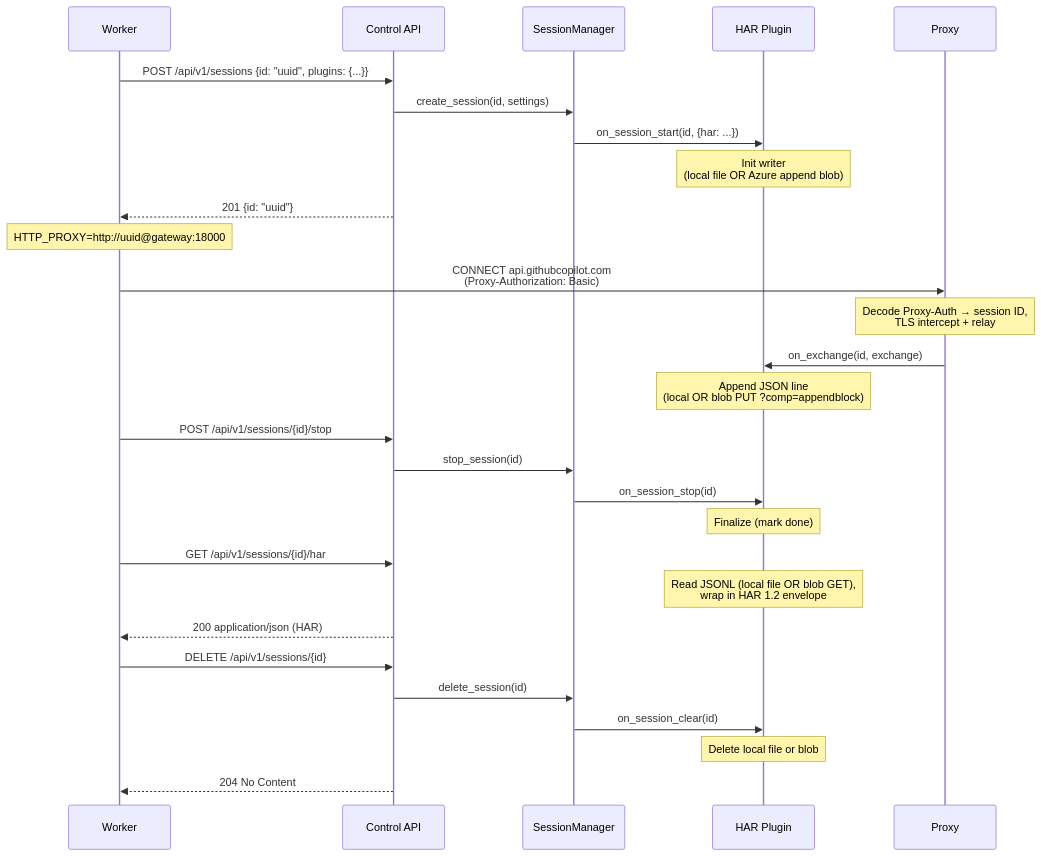
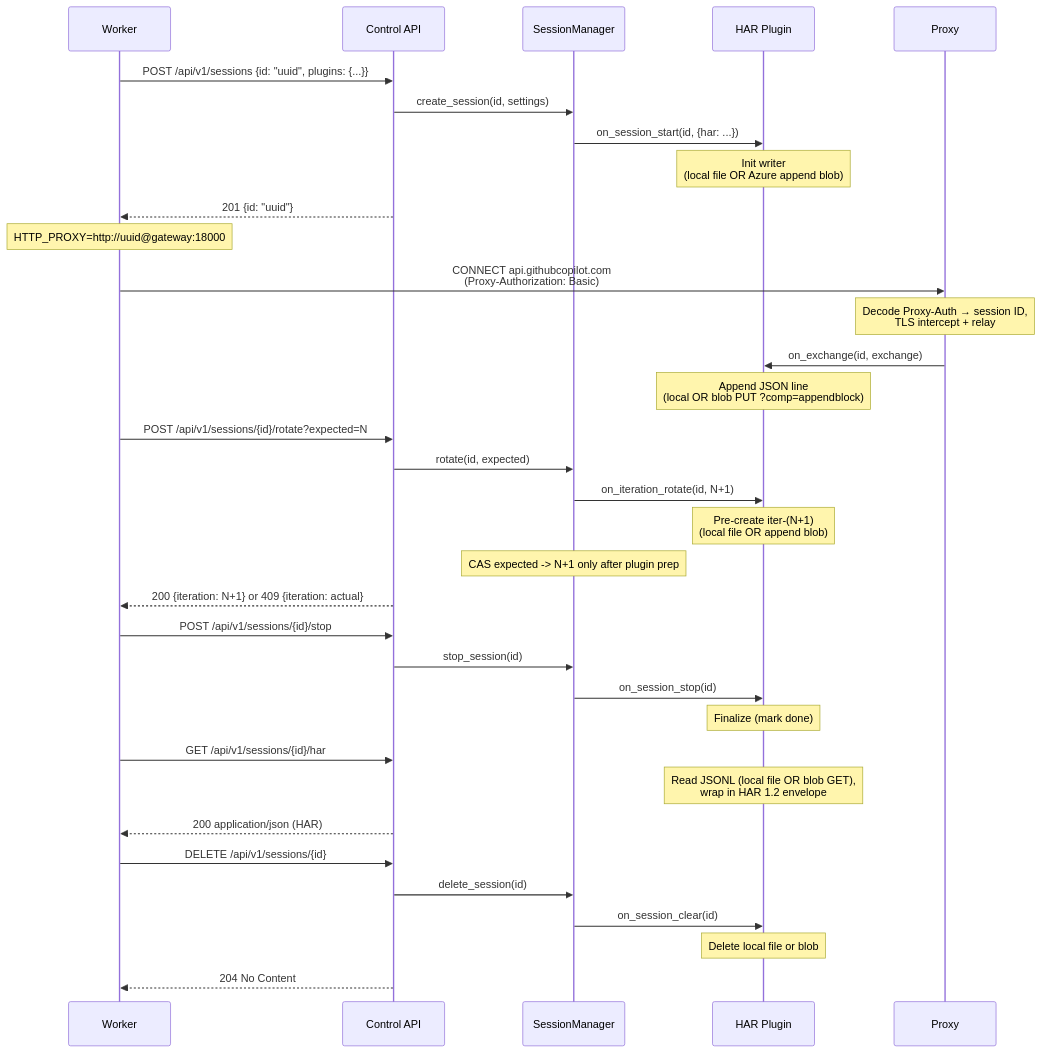
One commit to Gile987/scope changed the third of 5 diagrams in docs/architecture/ai-gateway.md. Above: the diagram before and after it, drawn with Mermaid. The commit also changed other lines of this file and 5 other files, not shown here.

Commit message:
fix(gateway): initialize HAR iteration before rotate CAS

````diff
--- a/docs/architecture/ai-gateway.md
+++ b/docs/architecture/ai-gateway.md
@@ -198,35 +198,42 @@
 ```mermaid
 sequenceDiagram
     participant W as Worker
     participant API as Control API
     participant SM as SessionManager
     participant HAR as HAR Plugin
     participant PX as Proxy
 
     W->>API: POST /api/v1/sessions {id: "uuid", plugins: {...}}
     API->>SM: create_session(id, settings)
     SM->>HAR: on_session_start(id, {har: ...})
     Note over HAR: Init writer<br/>(local file OR Azure append blob)
     API-->>W: 201 {id: "uuid"}
     Note over W: HTTP_PROXY=http://uuid@gateway:18000
 
     W->>PX: CONNECT api.githubcopilot.com<br/>(Proxy-Authorization: Basic)
     Note over PX: Decode Proxy-Auth → session ID,<br/>TLS intercept + relay
     PX->>HAR: on_exchange(id, exchange)
     Note over HAR: Append JSON line<br/>(local OR blob PUT ?comp=appendblock)
 
+    W->>API: POST /api/v1/sessions/{id}/rotate?expected=N
+    API->>SM: rotate(id, expected)
+    SM->>HAR: on_iteration_rotate(id, N+1)
+    Note over HAR: Pre-create iter-(N+1)<br/>(local file OR append blob)
+    Note over SM: CAS expected -> N+1 only after plugin prep
+    API-->>W: 200 {iteration: N+1} or 409 {iteration: actual}
+
     W->>API: POST /api/v1/sessions/{id}/stop
     API->>SM: stop_session(id)
     SM->>HAR: on_session_stop(id)
     Note over HAR: Finalize (mark done)
 
     W->>API: GET /api/v1/sessions/{id}/har
     Note over HAR: Read JSONL (local file OR blob GET),<br/>wrap in HAR 1.2 envelope
     API-->>W: 200 application/json (HAR)
 
     W->>API: DELETE /api/v1/sessions/{id}
     API->>SM: delete_session(id)
     SM->>HAR: on_session_clear(id)
     Note over HAR: Delete local file or blob
     API-->>W: 204 No Content
 ```
````
